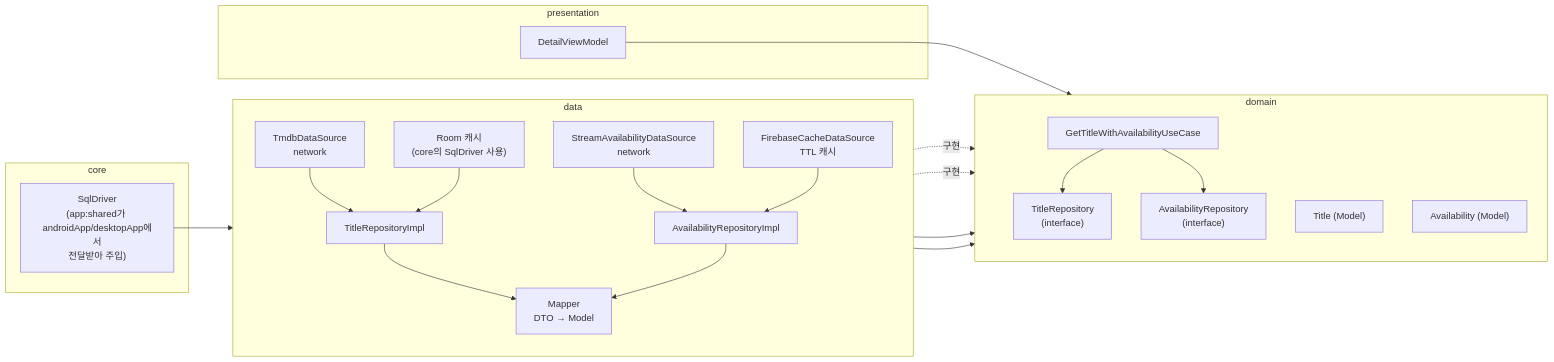
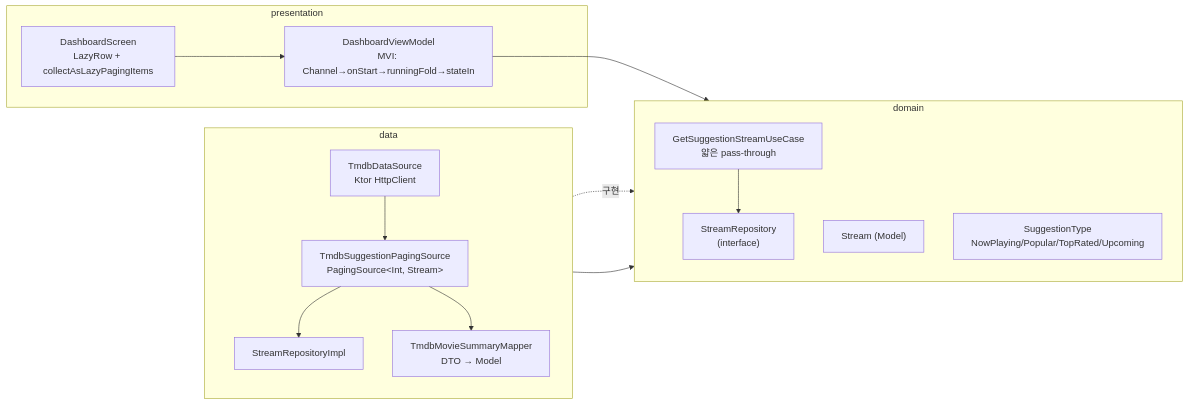
Before and after one commit to sunstar-repo/StreamCompass: the second of 2 diagrams in doc/architecture.md, drawn with Mermaid. The commit also changed other lines of this file and 29 other files, not shown here.

Commit message:
#2 StreamAvailability API 추가

````diff
--- a/doc/architecture.md
+++ b/doc/architecture.md
@@ -76,37 +80,26 @@
 ```mermaid
 flowchart LR
-    subgraph DOMAIN1["domain"]
+    subgraph DOMAIN["domain"]
         direction TB
-        RI1["TitleRepository<br/>(interface)"]
-        RI2["AvailabilityRepository<br/>(interface)"]
-        UC1["GetTitleWithAvailabilityUseCase"]
-        M1["Title (Model)"]
-        M2["Availability (Model)"]
+        RI1["StreamRepository<br/>(interface)"]
+        UC1["GetSuggestionStreamUseCase<br/>얇은 pass-through"]
+        M1["Stream (Model)"]
+        ST1["SuggestionType<br/>NowPlaying/Popular/TopRated/Upcoming"]
         UC1 --> RI1
-        UC1 --> RI2
     end
 
-    subgraph DATA1["data"]
+    subgraph DATA["data"]
         direction TB
-        DS1["TmdbDataSource<br/>network"] --> RIM1["TitleRepositoryImpl"]
-        DS1B["Room 캐시<br/>(core의 SqlDriver 사용)"] --> RIM1
-        DS2["StreamAvailabilityDataSource<br/>network"] --> RIM2["AvailabilityRepositoryImpl"]
-        DS3["FirebaseCacheDataSource<br/>TTL 캐시"] --> RIM2
-        RIM1 --> MAP1["Mapper<br/>DTO → Model"]
-        RIM2 --> MAP1
+        DS1["TmdbDataSource<br/>Ktor HttpClient"] --> PS1["TmdbSuggestionPagingSource<br/>PagingSource&lt;Int, Stream&gt;"]
+        PS1 --> RIM1["StreamRepositoryImpl"]
+        PS1 --> MAP1["TmdbMovieSummaryMapper<br/>DTO → Model"]
     end
 
-    subgraph CORE1["core"]
-        DRV1["SqlDriver<br/>(app:shared가 androidApp/desktopApp에서<br/>전달받아 주입)"]
-    end
+    RIM1 -.구현.-> RI1
+    MAP1 --> M1
 
-    DRV1 --> DS1B
-    RIM1 -.구현.-> RI1
-    RIM2 -.구현.-> RI2
-    MAP1 --> M1
-    MAP1 --> M2
-
-    subgraph PRES1["presentation"]
-        VM1["DetailViewModel"] --> UC1
+    subgraph PRES["presentation"]
+        VM1["DashboardViewModel<br/>MVI: Channel→onStart→runningFold→stateIn"] --> UC1
+        SCR1["DashboardScreen<br/>LazyRow + collectAsLazyPagingItems"] --> VM1
     end
 ```
````
